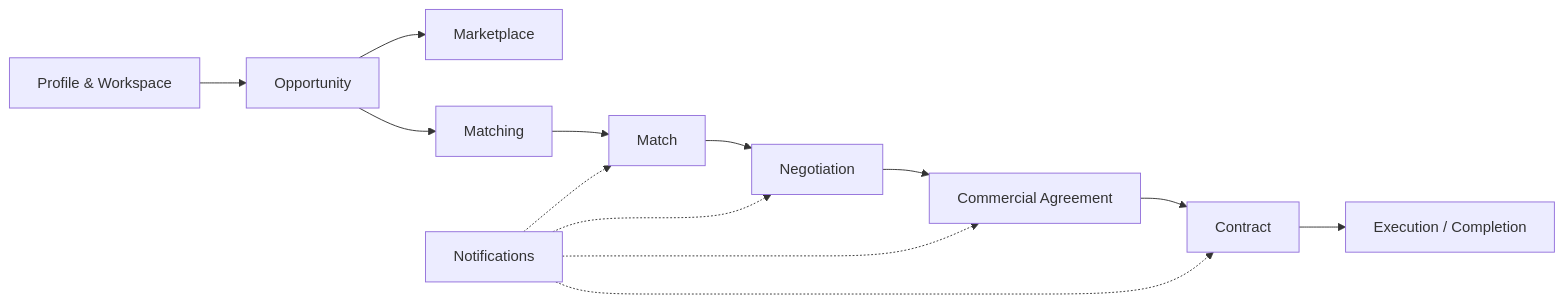
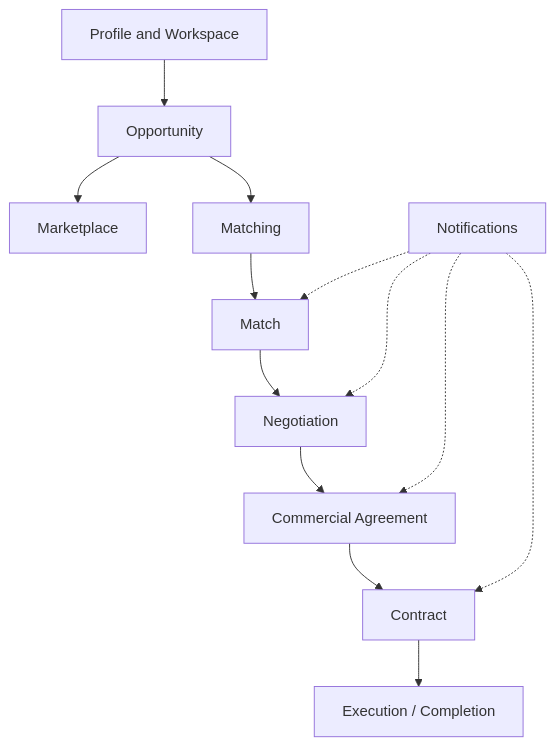
Before and after one commit to Mabdelmofdy/PMtwin1: the first of 6 diagrams in docs/PM-Twin-Complete-User-Guide.md, drawn with Mermaid. The commit also changed other lines of this file and 53 other files, not shown here.

````diff
--- a/docs/PM-Twin-Complete-User-Guide.md
+++ b/docs/PM-Twin-Complete-User-Guide.md
@@ -128,15 +132,15 @@
 ```mermaid
-flowchart LR
-  A[Profile & Workspace] --> B[Opportunity]
+flowchart TB
+  A[Profile and Workspace] --> B[Opportunity]
   B --> C[Marketplace]
   B --> D[Matching]
   D --> E[Match]
   E --> F[Negotiation]
   F --> G[Commercial Agreement]
   G --> H[Contract]
   H --> I[Execution / Completion]
   N[Notifications] -.-> E
   N -.-> F
   N -.-> G
   N -.-> H
 ```
````
